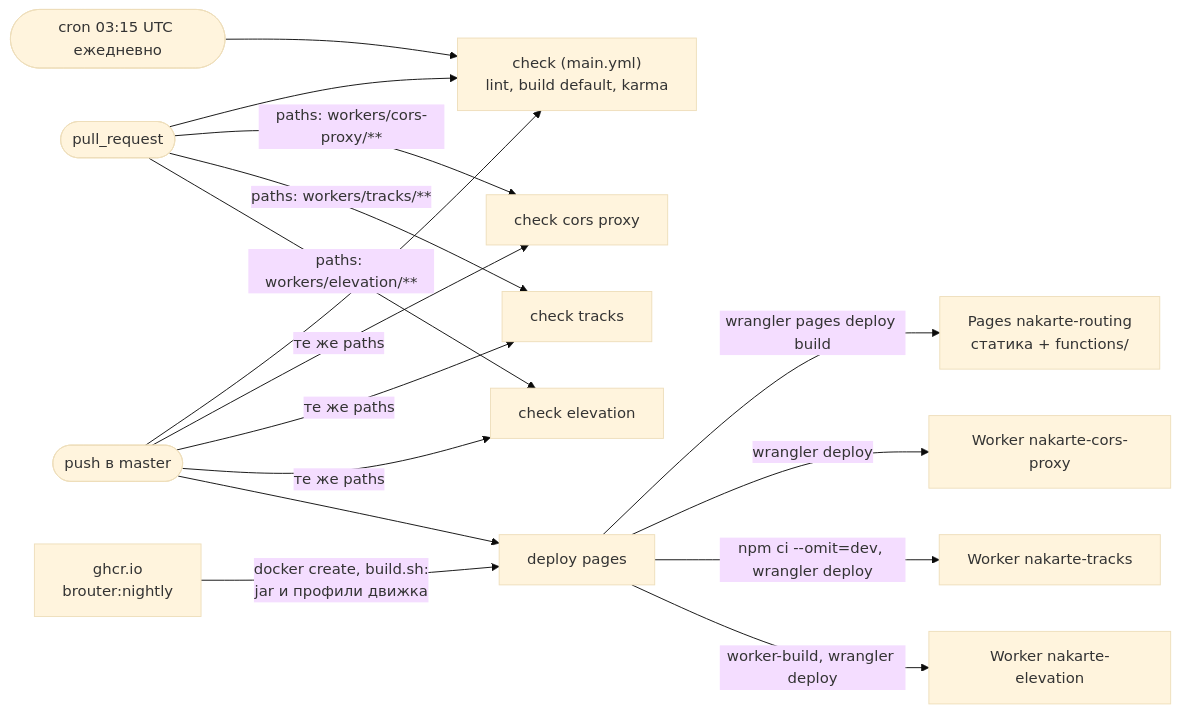
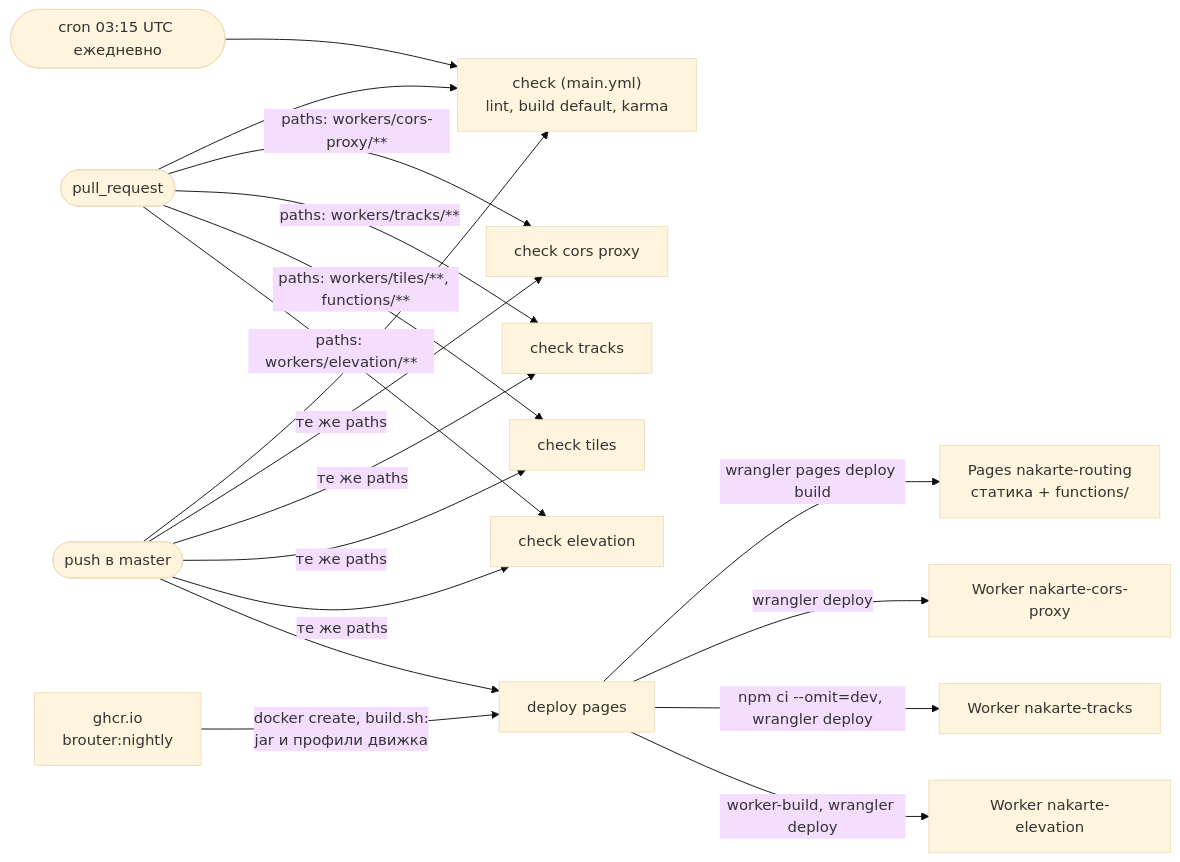
The first of 2 diagrams in docs/architecture/ci-cd.md (sergeycw/nakarte), drawn with Mermaid (base theme) before and after one commit. The commit also changed other lines of this file and 5 other files, not shown here.

````diff
--- a/docs/architecture/ci-cd.md
+++ b/docs/architecture/ci-cd.md
@@ -9,32 +9,34 @@
 ```mermaid
 flowchart LR
     pr(["pull_request"])
     push(["push в master"])
     cron1(["cron 03:15 UTC ежедневно"])
 
     check["check (main.yml)<br/>lint, build default, karma"]
     cproxy["check cors proxy"]
     ctracks["check tracks"]
+    ctiles["check tiles"]
     celev["check elevation"]
     deploy["deploy pages"]
 
     ghcr["ghcr.io<br/>brouter:nightly"]
     pages["Pages nakarte-routing<br/>статика + functions/"]
     wproxy["Worker nakarte-cors-proxy"]
     wtracks["Worker nakarte-tracks"]
     welev["Worker nakarte-elevation"]
 
     pr --> check
     push --> check
     cron1 --> check
     pr -->|"paths: workers/cors-proxy/**"| cproxy
     pr -->|"paths: workers/tracks/**"| ctracks
+    pr -->|"paths: workers/tiles/**, functions/**"| ctiles
     pr -->|"paths: workers/elevation/**"| celev
-    push -->|"те же paths"| cproxy & ctracks & celev
+    push -->|"те же paths"| cproxy & ctracks & ctiles & celev
     push --> deploy
     ghcr -->|"docker create, build.sh:<br/>jar и профили движка"| deploy
     deploy -->|"wrangler pages deploy build"| pages
     deploy -->|"wrangler deploy"| wproxy
     deploy -->|"npm ci --omit=dev, wrangler deploy"| wtracks
     deploy -->|"worker-build, wrangler deploy"| welev
 ```
````
